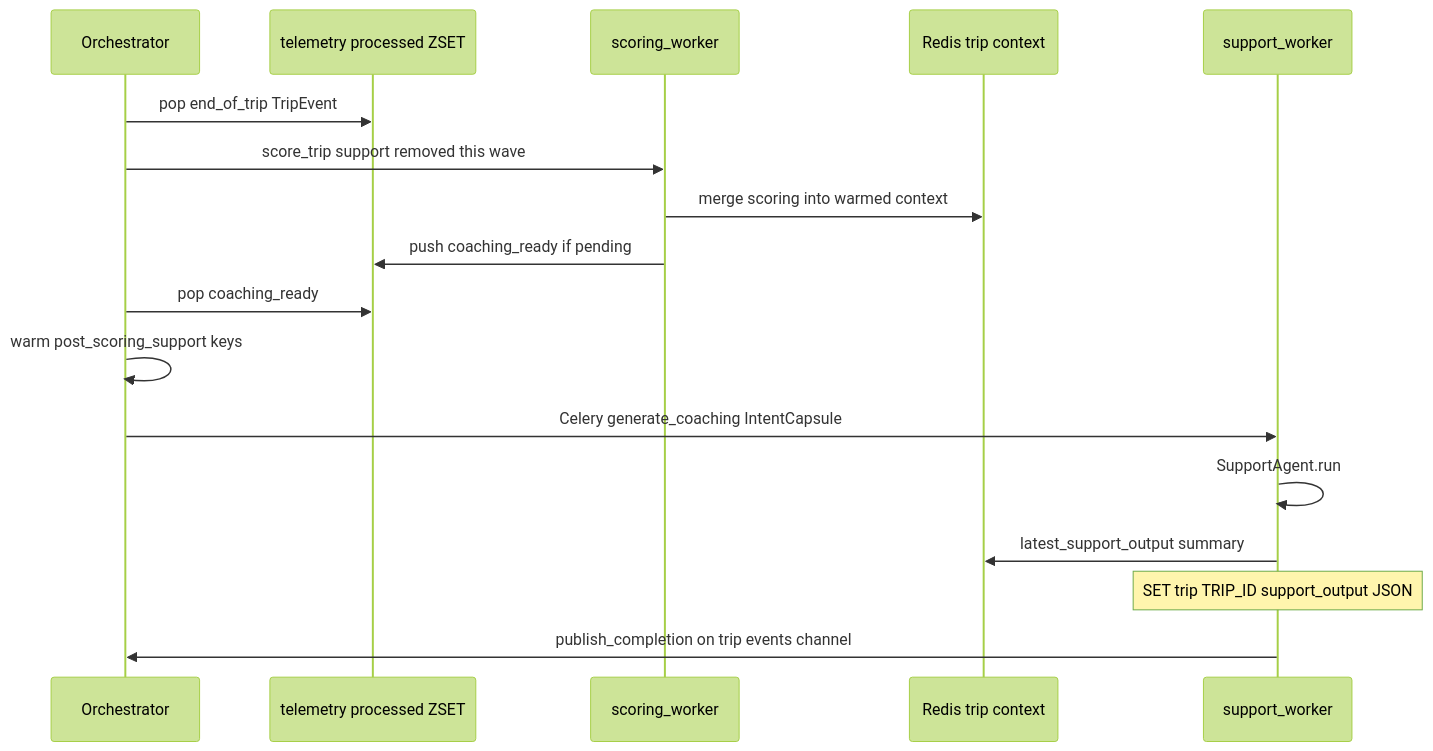
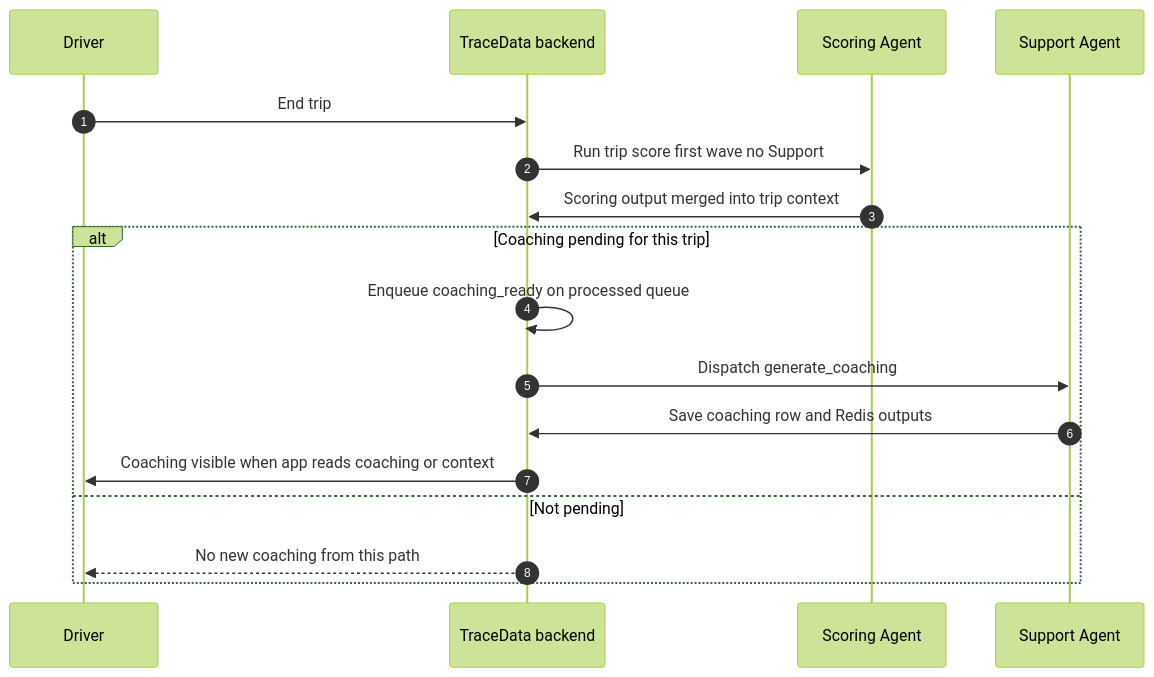
Before and after one commit to tracedata-ai/tracedata-ai-monorepo: the second of 4 diagrams in docs/03-agents/34_support_agent.md, drawn with Mermaid (forest theme). The commit also changed other lines of this file, not shown here.

Commit message:
TDATA-91-DOCS(support): README updated

````diff
--- a/docs/03-agents/34_support_agent.md
+++ b/docs/03-agents/34_support_agent.md
@@ -106,20 +79,20 @@
 ```mermaid
 sequenceDiagram
-  participant O as Orchestrator
-  participant Z as telemetry processed ZSET
-  participant SW as scoring_worker
-  participant RC as Redis trip context
-  participant SUP as support_worker
+  autonumber
+  participant Driver as Driver
+  participant Sys as TraceData backend
+  participant Score as Scoring Agent
+  participant Sup as Support Agent
 
-  O->>Z: pop end_of_trip TripEvent
-  O->>SW: score_trip support removed this wave
-  SW->>RC: merge scoring into warmed context
-  SW->>Z: push coaching_ready if pending
-  O->>Z: pop coaching_ready
-  O->>O: warm post_scoring_support keys
-  O->>SUP: Celery generate_coaching IntentCapsule
-  SUP->>SUP: SupportAgent.run
-  SUP->>RC: latest_support_output summary
-  Note over SUP: SET trip TRIP_ID support_output JSON
-  SUP->>O: publish_completion on trip events channel
+  Driver->>Sys: End trip
+  Sys->>Score: Run trip score first wave no Support
+  Score->>Sys: Scoring output merged into trip context
+  alt Coaching pending for this trip
+    Sys->>Sys: Enqueue coaching_ready on processed queue
+    Sys->>Sup: Dispatch generate_coaching
+    Sup->>Sys: Save coaching row and Redis outputs
+    Sys->>Driver: Coaching visible when app reads coaching or context
+  else Not pending
+    Sys-->>Driver: No new coaching from this path
+  end
 ```
````
